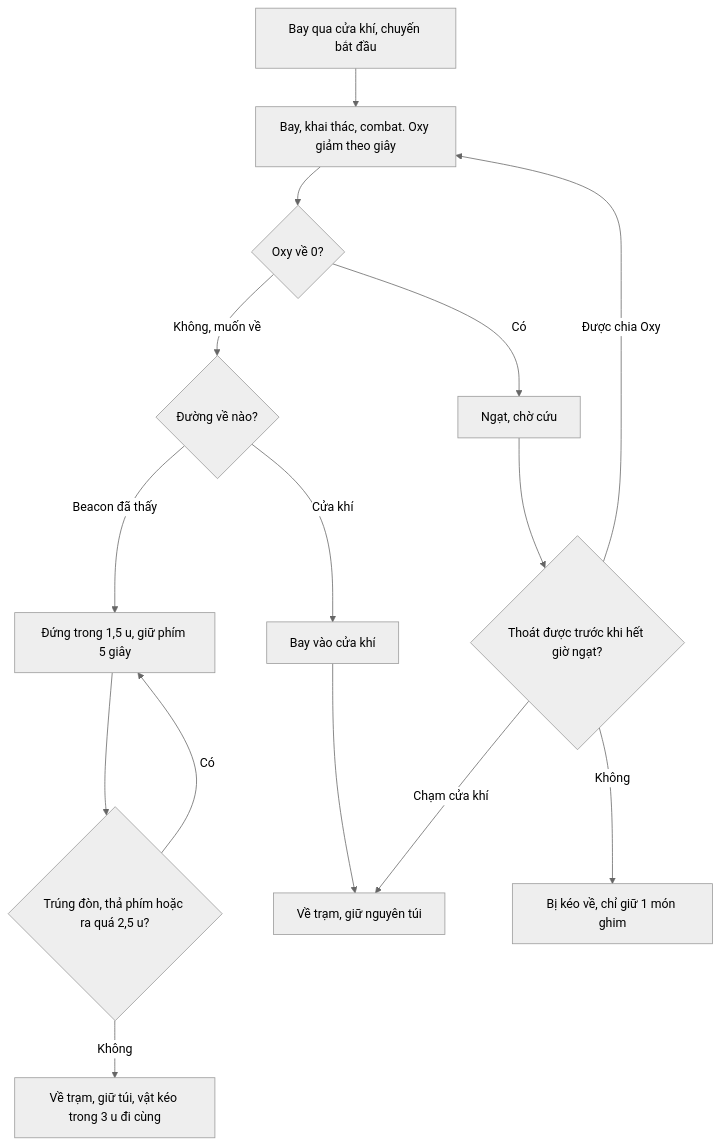
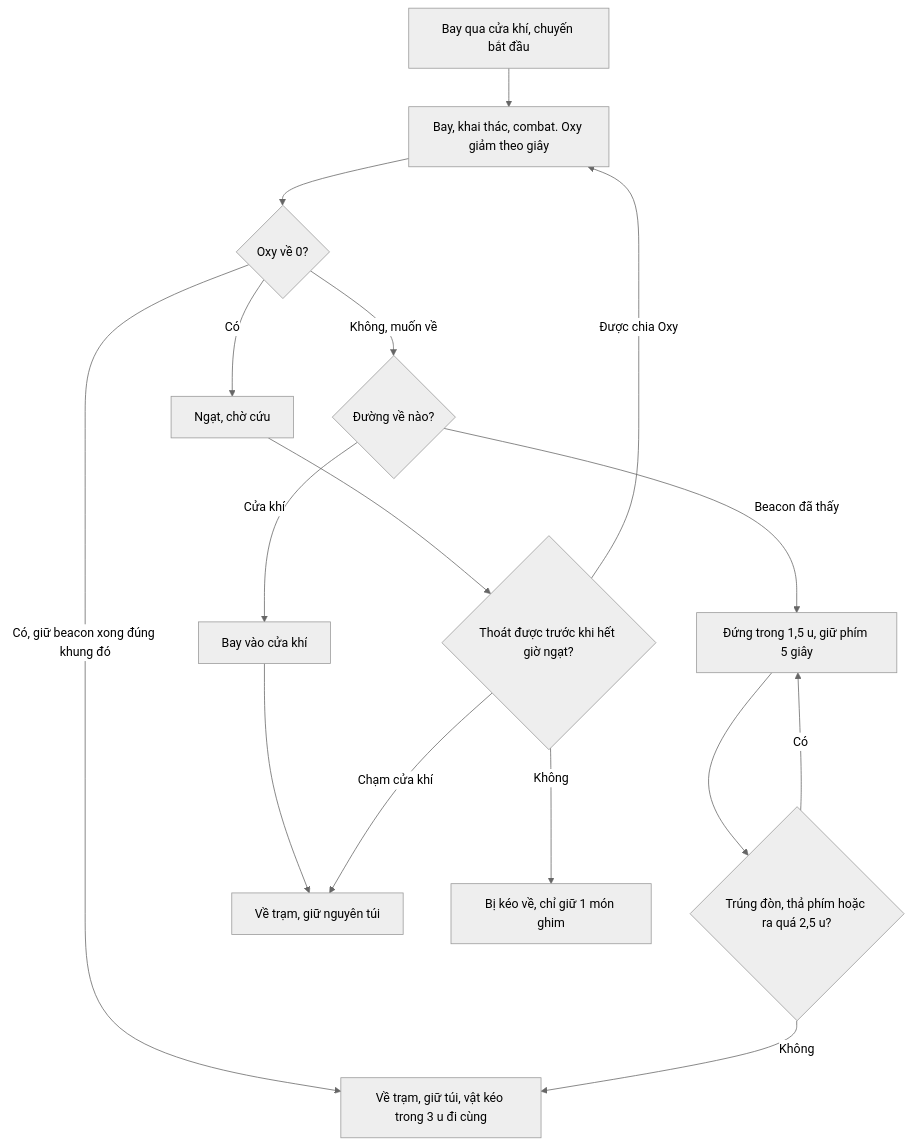
One commit to huycv18/DATN-SP27 changed the diagram in projects/game-moi/book/phan-2/03-map-va-chuyen.md. Above: the diagram before and after it, drawn with Mermaid (neutral theme). The commit also changed other lines of this file and 2 other files, not shown here.

````diff
--- a/projects/game-moi/book/phan-2/03-map-va-chuyen.md
+++ b/projects/game-moi/book/phan-2/03-map-va-chuyen.md
@@ -127,17 +127,18 @@
 ```mermaid
 flowchart TD
   A["Bay qua cửa khí, chuyến bắt đầu"] --> B["Bay, khai thác, combat. Oxy giảm theo giây"]
   B --> C{"Oxy về 0?"}
   C -->|Có| N["Ngạt, chờ cứu"]
+  C -->|Có, giữ beacon xong đúng khung đó| H
   C -->|Không, muốn về| D{"Đường về nào?"}
   D -->|Cửa khí| E["Bay vào cửa khí"]
   D -->|Beacon đã thấy| F["Đứng trong 1,5 u, giữ phím 5 giây"]
   F --> G{"Trúng đòn, thả phím hoặc ra quá 2,5 u?"}
   G -->|Có| F
   G -->|Không| H["Về trạm, giữ túi, vật kéo trong 3 u đi cùng"]
   E --> K["Về trạm, giữ nguyên túi"]
   N --> P{"Thoát được trước khi hết giờ ngạt?"}
   P -->|Được chia Oxy| B
   P -->|Chạm cửa khí| K
   P -->|Không| Q["Bị kéo về, chỉ giữ 1 món ghim"]
 ```
````
